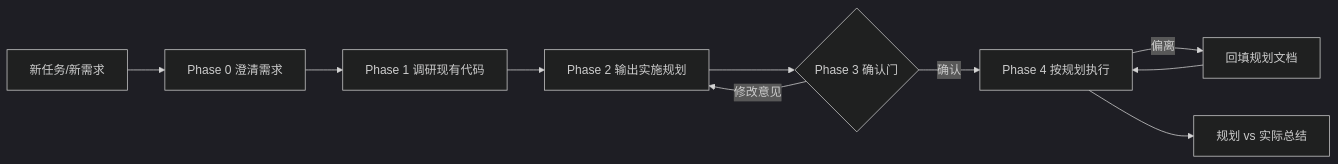
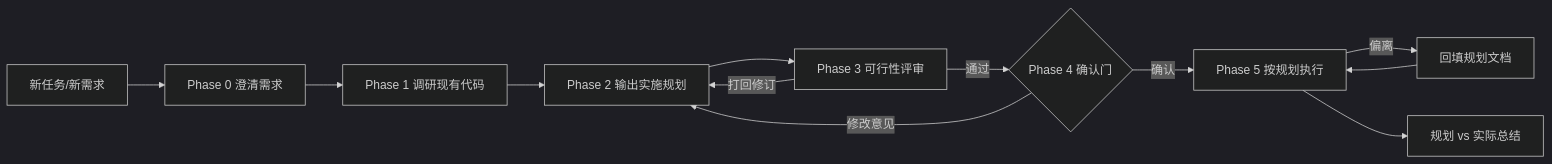
Before and after one commit to ztian11/plan-first: the diagram in README.md, drawn with Mermaid (dark theme). The commit also changed other lines of this file and 4 other files, not shown here.

````diff
--- a/README.md
+++ b/README.md
@@ -18,12 +18,14 @@
 ```mermaid
 flowchart LR
     A[新任务/新需求] --> B[Phase 0 澄清需求]
     B --> C[Phase 1 调研现有代码]
     C --> D[Phase 2 输出实施规划]
-    D --> E{Phase 3 确认门}
+    D --> R[Phase 3 可行性评审]
+    R -- 打回修订 --> D
+    R -- 通过 --> E{Phase 4 确认门}
     E -- 修改意见 --> D
-    E -- 确认 --> F[Phase 4 按规划执行]
+    E -- 确认 --> F[Phase 5 按规划执行]
     F -- 偏离 --> G[回填规划文档]
     G --> F
     F --> H[规划 vs 实际总结]
 ```
````
